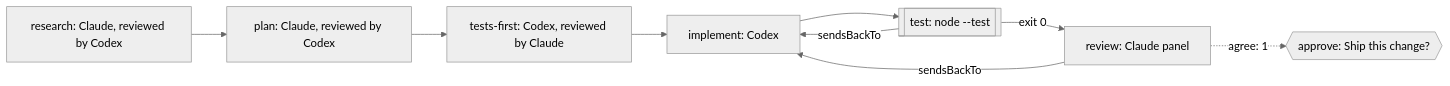
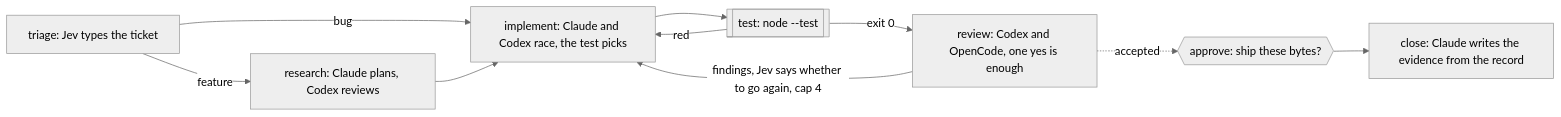
One commit to jonny981/obversa changed the diagram in docs/public/workflows/feature-team.mdx. Above: the diagram before and after it, drawn with Mermaid (neutral theme). The commit also changed other lines of this file and 7 other files, not shown here.

````diff
--- a/docs/public/workflows/feature-team.mdx
+++ b/docs/public/workflows/feature-team.mdx
@@ -353,11 +596,12 @@
 ```mermaid
 flowchart LR
-  research["research: Claude, reviewed by Codex"] --> plan["plan: Claude, reviewed by Codex"]
-  plan --> tests["tests-first: Codex, reviewed by Claude"]
-  tests --> implement["implement: Codex"]
+  triage["triage: Jev types the ticket"] -->|feature| research["research: Claude plans, Codex reviews"]
+  triage -->|bug| implement
+  research --> implement["implement: Claude and Codex race, the test picks"]
   implement --> test[["test: node --test"]]
-  test -->|exit 0| review["review: Claude panel"]
-  test -->|sendsBackTo| implement
-  review -->|sendsBackTo| implement
-  review -.->|agree: 1| approve{{"approve: Ship this change?"}}
+  test -->|exit 0| review["review: Codex and OpenCode, one yes is enough"]
+  test -->|red| implement
+  review -->|"findings, Jev says whether to go again, cap 4"| implement
+  review -.->|accepted| approve{{"approve: ship these bytes?"}}
+  approve --> close["close: Claude writes the evidence from the record"]
 ```
````
